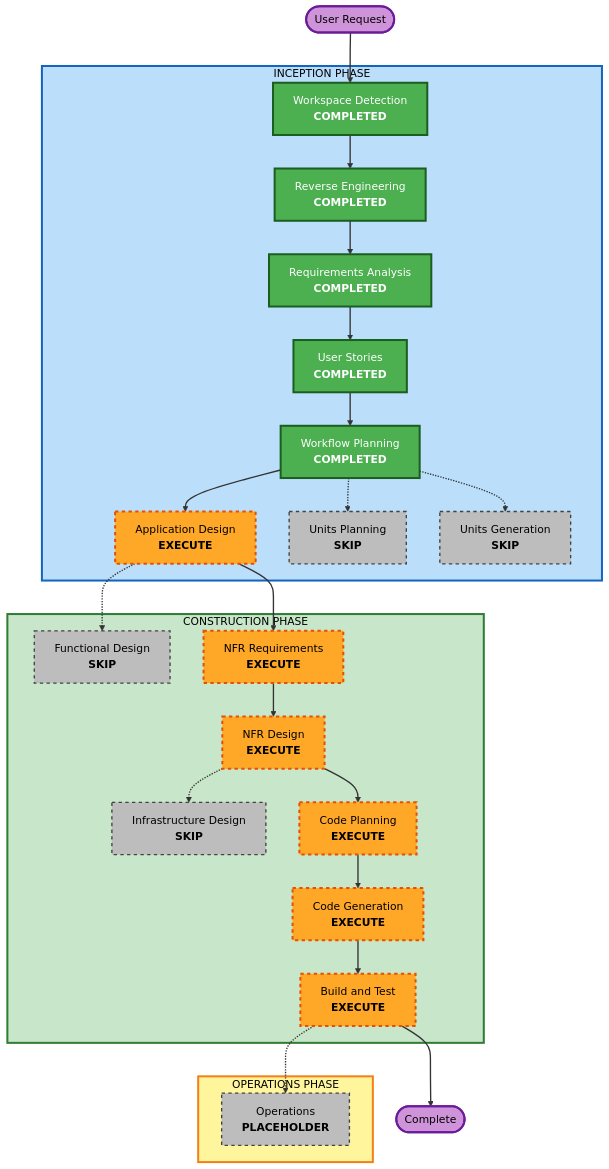
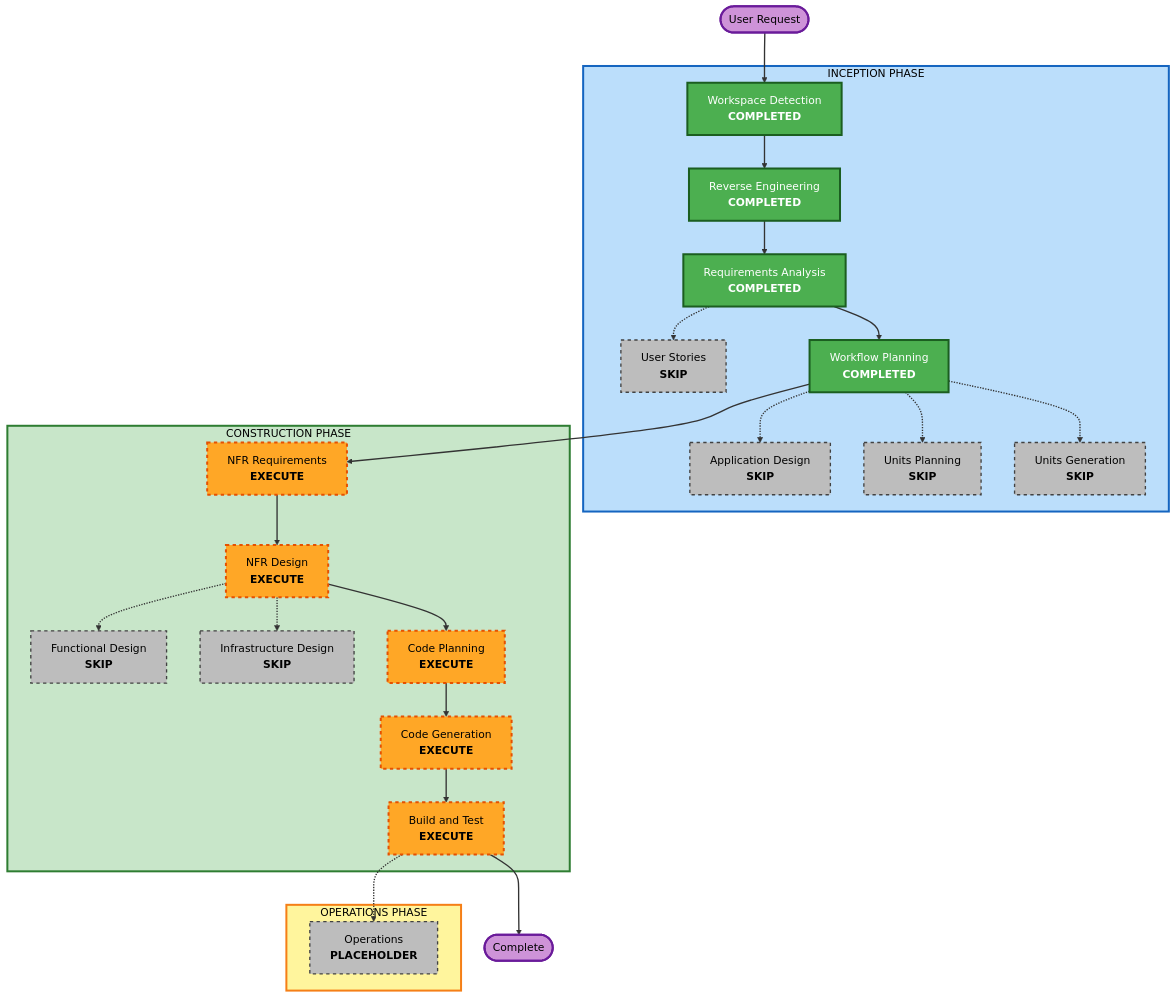
The diagram in aidlc-docs/inception/plans/execution-plan.md (mpannekoek/Baswilbrink.Basijsenzo), drawn with Mermaid before and after one commit. The commit also changed other lines of this file and 25 other files, not shown here.

````diff
--- a/aidlc-docs/inception/plans/execution-plan.md
+++ b/aidlc-docs/inception/plans/execution-plan.md
@@ -49,72 +49,72 @@
 ```mermaid
 flowchart TD
     Start(["User Request"])
 
     subgraph INCEPTION["INCEPTION PHASE"]
         WD["Workspace Detection<br/><b>COMPLETED</b>"]
         RE["Reverse Engineering<br/><b>COMPLETED</b>"]
         RA["Requirements Analysis<br/><b>COMPLETED</b>"]
-        US["User Stories<br/><b>COMPLETED</b>"]
+        US["User Stories<br/><b>SKIP</b>"]
         WP["Workflow Planning<br/><b>COMPLETED</b>"]
-        AD["Application Design<br/><b>EXECUTE</b>"]
+        AD["Application Design<br/><b>SKIP</b>"]
         UP["Units Planning<br/><b>SKIP</b>"]
         UG["Units Generation<br/><b>SKIP</b>"]
     end
 
     subgraph CONSTRUCTION["CONSTRUCTION PHASE"]
         FD["Functional Design<br/><b>SKIP</b>"]
         NFRA["NFR Requirements<br/><b>EXECUTE</b>"]
         NFRD["NFR Design<br/><b>EXECUTE</b>"]
         ID["Infrastructure Design<br/><b>SKIP</b>"]
         CP["Code Planning<br/><b>EXECUTE</b>"]
         CG["Code Generation<br/><b>EXECUTE</b>"]
         BT["Build and Test<br/><b>EXECUTE</b>"]
     end
 
     subgraph OPERATIONS["OPERATIONS PHASE"]
         OPS["Operations<br/><b>PLACEHOLDER</b>"]
     end
 
     Start --> WD
     WD --> RE
     RE --> RA
-    RA --> US
-    US --> WP
-    WP --> AD
-    AD --> NFRA
+    RA --> WP
+    WP --> NFRA
     NFRA --> NFRD
     NFRD --> CP
     CP --> CG
     CG --> BT
     BT --> End(["Complete"])
 
+    RA -.-> US
+    WP -.-> AD
     WP -.-> UP
     WP -.-> UG
-    AD -.-> FD
+    NFRD -.-> FD
     NFRD -.-> ID
     BT -.-> OPS
 
     style WD fill:#4CAF50,stroke:#1B5E20,stroke-width:3px,color:#fff
     style RE fill:#4CAF50,stroke:#1B5E20,stroke-width:3px,color:#fff
     style RA fill:#4CAF50,stroke:#1B5E20,stroke-width:3px,color:#fff
-    style US fill:#4CAF50,stroke:#1B5E20,stroke-width:3px,color:#fff
     style WP fill:#4CAF50,stroke:#1B5E20,stroke-width:3px,color:#fff
-    style AD fill:#FFA726,stroke:#E65100,stroke-width:3px,stroke-dasharray: 5 5,color:#000
     style NFRA fill:#FFA726,stroke:#E65100,stroke-width:3px,stroke-dasharray: 5 5,color:#000
     style NFRD fill:#FFA726,stroke:#E65100,stroke-width:3px,stroke-dasharray: 5 5,color:#000
     style CP fill:#FFA726,stroke:#E65100,stroke-width:3px,stroke-dasharray: 5 5,color:#000
     style CG fill:#FFA726,stroke:#E65100,stroke-width:3px,stroke-dasharray: 5 5,color:#000
     style BT fill:#FFA726,stroke:#E65100,stroke-width:3px,stroke-dasharray: 5 5,color:#000
+    style US fill:#BDBDBD,stroke:#424242,stroke-width:2px,stroke-dasharray: 5 5,color:#000
+    style AD fill:#BDBDBD,stroke:#424242,stroke-width:2px,stroke-dasharray: 5 5,color:#000
     style UP fill:#BDBDBD,stroke:#424242,stroke-width:2px,stroke-dasharray: 5 5,color:#000
     style UG fill:#BDBDBD,stroke:#424242,stroke-width:2px,stroke-dasharray: 5 5,color:#000
     style FD fill:#BDBDBD,stroke:#424242,stroke-width:2px,stroke-dasharray: 5 5,color:#000
     style ID fill:#BDBDBD,stroke:#424242,stroke-width:2px,stroke-dasharray: 5 5,color:#000
     style OPS fill:#BDBDBD,stroke:#424242,stroke-width:2px,stroke-dasharray: 5 5,color:#000
     style Start fill:#CE93D8,stroke:#6A1B9A,stroke-width:3px,color:#000
     style End fill:#CE93D8,stroke:#6A1B9A,stroke-width:3px,color:#000
     style INCEPTION fill:#BBDEFB,stroke:#1565C0,stroke-width:3px,color:#000
     style CONSTRUCTION fill:#C8E6C9,stroke:#2E7D32,stroke-width:3px,color:#000
     style OPERATIONS fill:#FFF59D,stroke:#F57F17,stroke-width:3px,color:#000
 
     linkStyle default stroke:#333,stroke-width:2px
 ```
````
